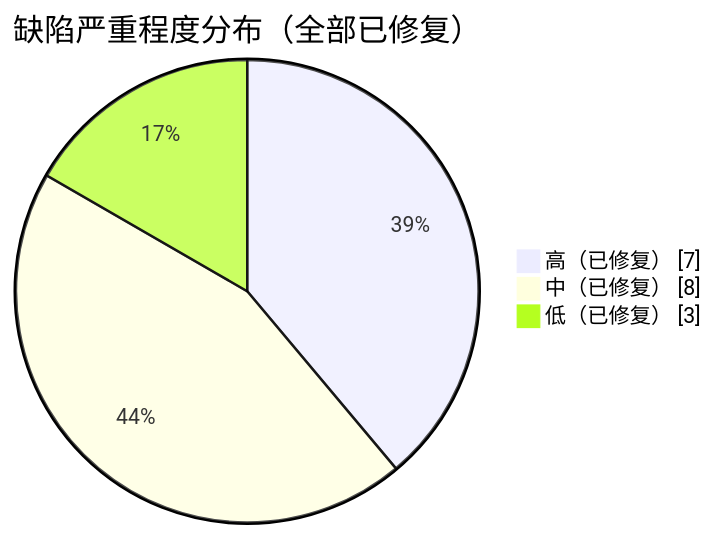
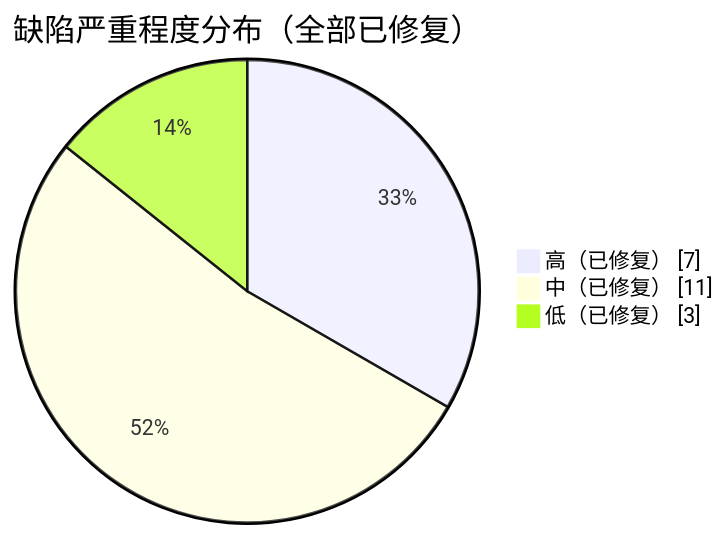
One commit to FeiTwnd/lanchat changed the fourth of 4 diagrams in docs/test/测试报告.md. Above: the diagram before and after it, drawn with Mermaid. The commit also changed other lines of this file and 33 other files, not shown here.

````diff
--- a/docs/test/测试报告.md
+++ b/docs/test/测试报告.md
@@ -474,6 +513,6 @@
 ```mermaid
 pie showData title 缺陷严重程度分布（全部已修复）
     "高（已修复）" : 7
-    "中（已修复）" : 8
+    "中（已修复）" : 11
     "低（已修复）" : 3
 ```
````
